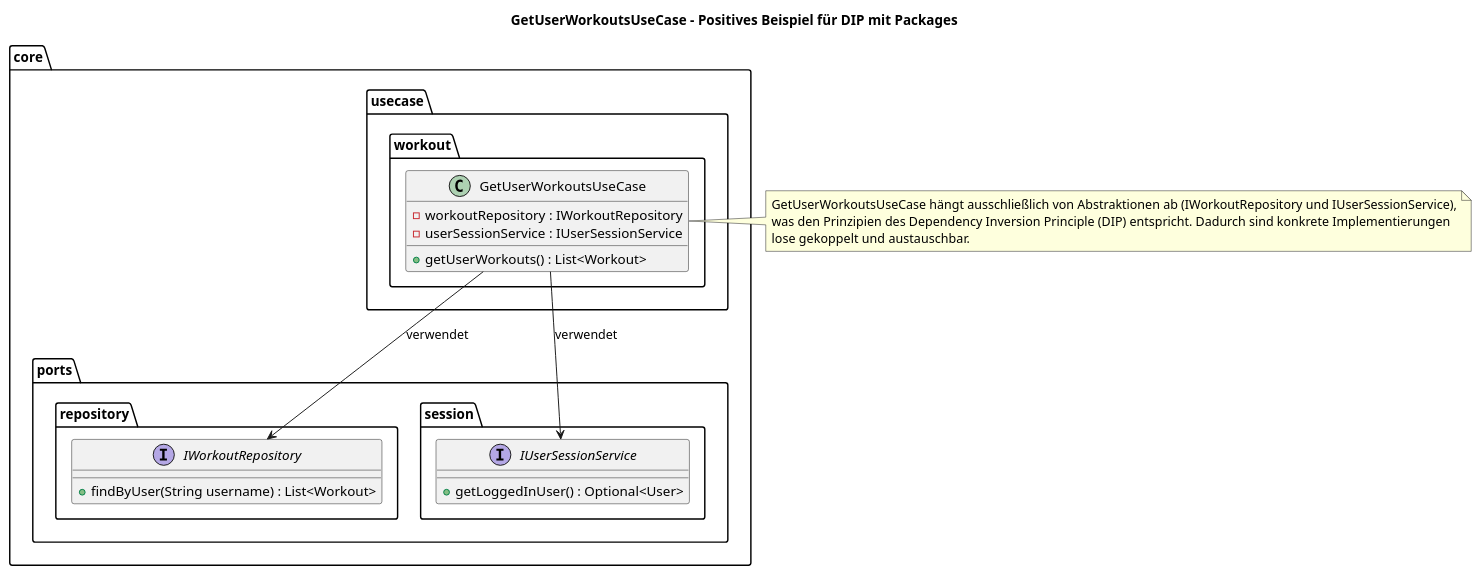
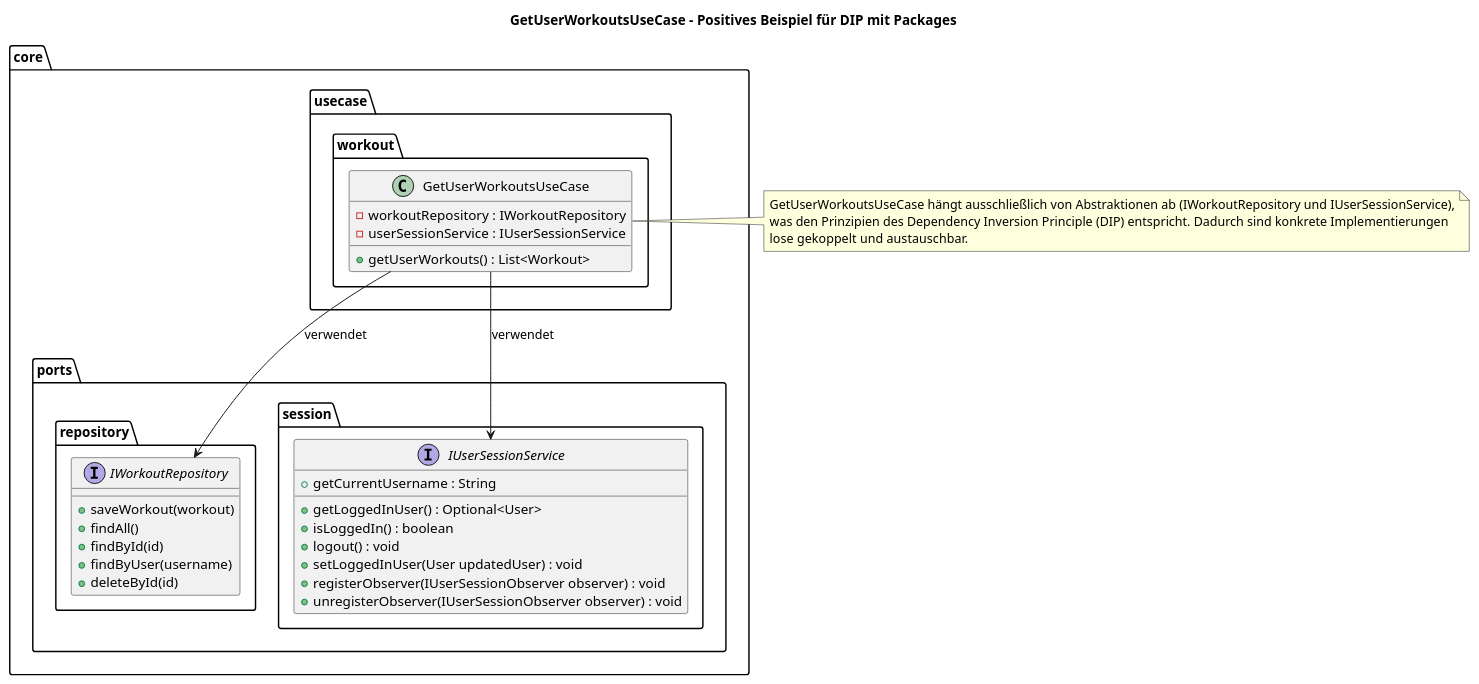
Before and after one commit to NeeroxZ/FitTrackPro_v2: the diagram in protokoll/UML/kapitel3/Analyse_DIP_Positiv.puml, drawn with PlantUML. The commit also changed 13 other files, not shown here.

Commit message:
Hinzufügen des Protokoll...... - ändern UML

```diff
--- a/protokoll/UML/kapitel3/Analyse_DIP_Positiv.puml
+++ b/protokoll/UML/kapitel3/Analyse_DIP_Positiv.puml
@@ -1,33 +1,43 @@
 @startuml Analyse_DIP_Positiv
 title GetUserWorkoutsUseCase - Positives Beispiel für DIP mit Packages
 
 package "core.ports.repository" {
-  interface IWorkoutRepository {
-    + findByUser(String username) : List<Workout>
-  }
-}
+    interface IWorkoutRepository {
+        + saveWorkout(workout)
+        + findAll()
+        + findById(id)
+        + findByUser(username)
+        + deleteById(id)
+    }
+   }
 
 package "core.ports.session" {
   interface IUserSessionService {
     + getLoggedInUser() : Optional<User>
+    + isLoggedIn() : boolean
+    + logout() : void
+    + setLoggedInUser(User updatedUser) : void
+    + getCurrentUsername : String
+    + registerObserver(IUserSessionObserver observer) : void
+    + unregisterObserver(IUserSessionObserver observer) : void
   }
 }
 
 package "core.usecase.workout" {
   class GetUserWorkoutsUseCase {
     - workoutRepository : IWorkoutRepository
     - userSessionService : IUserSessionService
     + getUserWorkouts() : List<Workout>
   }
 }
 
 GetUserWorkoutsUseCase --> IWorkoutRepository : verwendet
 GetUserWorkoutsUseCase --> IUserSessionService : verwendet
 
 note right of GetUserWorkoutsUseCase
   GetUserWorkoutsUseCase hängt ausschließlich von Abstraktionen ab (IWorkoutRepository und IUserSessionService),
   was den Prinzipien des Dependency Inversion Principle (DIP) entspricht. Dadurch sind konkrete Implementierungen
   lose gekoppelt und austauschbar.
 end note
 
 @enduml
```
